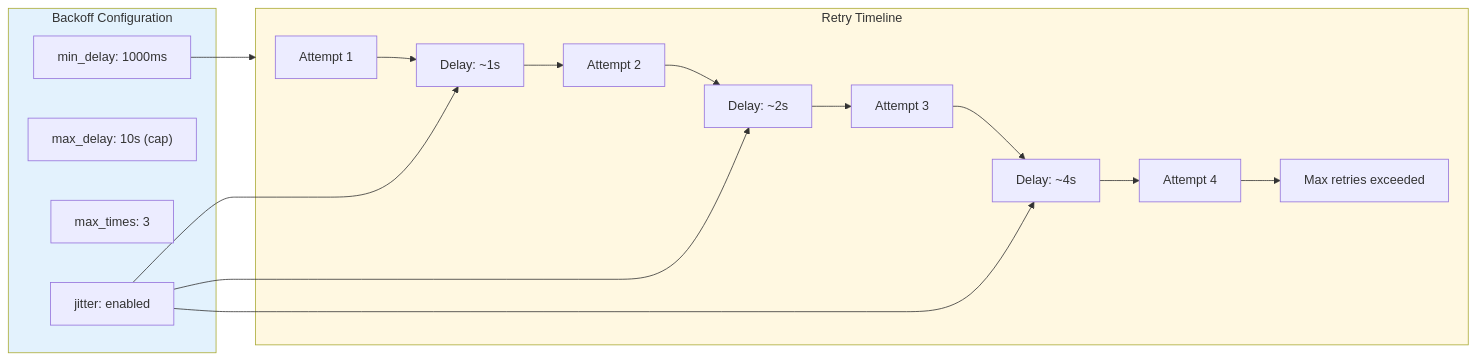
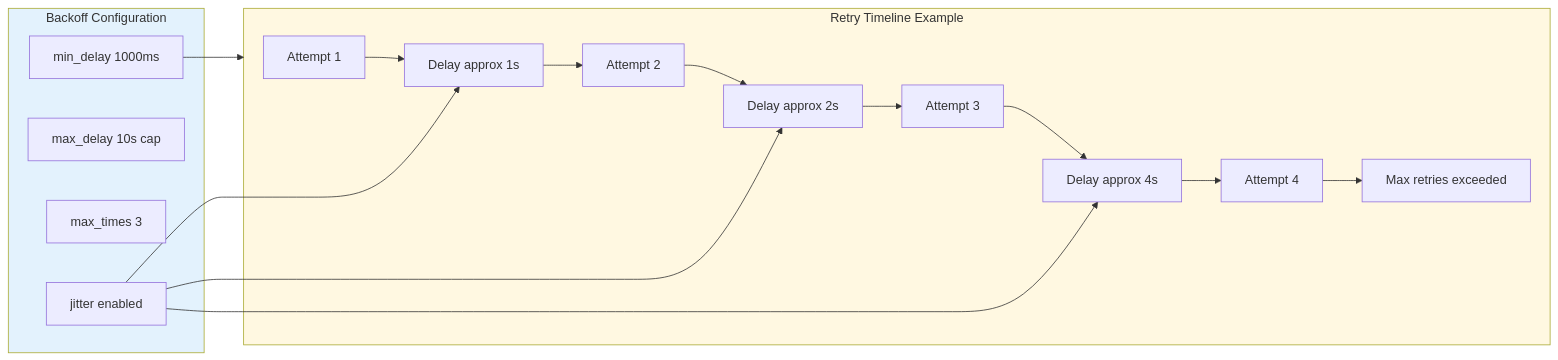
One commit to farchanjo/ssh-mcp changed diagram 13 of 14 in docs/FLOWS.md. Above: the diagram before and after it, drawn with Mermaid. The commit also changed other lines of this file, not shown here.

First line of the commit message:
docs(flows): update sequence diagrams for russh refactor

````diff
--- a/docs/FLOWS.md
+++ b/docs/FLOWS.md
@@ -498,27 +624,27 @@
 ```mermaid
 flowchart LR
     subgraph Backoff["Backoff Configuration"]
-        Min["min_delay: 1000ms"]
-        Max["max_delay: 10s (cap)"]
-        MaxRetries["max_times: 3"]
-        Jitter["jitter: enabled"]
+        Min["min_delay 1000ms"]
+        Max["max_delay 10s cap"]
+        MaxRetries["max_times 3"]
+        Jitter["jitter enabled"]
     end
 
-    subgraph Timeline["Retry Timeline"]
-        T0["Attempt 1"] --> D1["Delay: ~1s"]
+    subgraph Timeline["Retry Timeline Example"]
+        T0["Attempt 1"] --> D1["Delay approx 1s"]
         D1 --> T1["Attempt 2"]
-        T1 --> D2["Delay: ~2s"]
+        T1 --> D2["Delay approx 2s"]
         D2 --> T2["Attempt 3"]
-        T2 --> D3["Delay: ~4s"]
+        T2 --> D3["Delay approx 4s"]
         D3 --> T3["Attempt 4"]
         T3 --> End["Max retries exceeded"]
     end
 
     Min --> Timeline
     Jitter --> D1
     Jitter --> D2
     Jitter --> D3
 
     style Backoff fill:#e3f2fd
     style Timeline fill:#fff8e1
 ```
````
